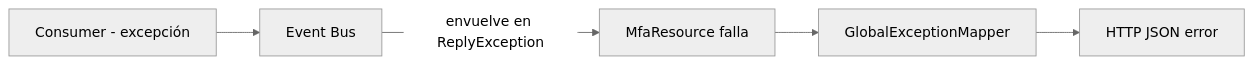
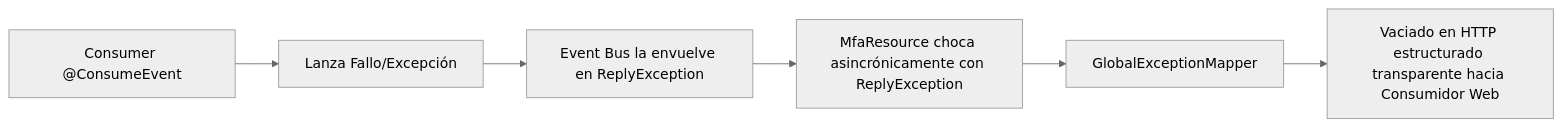
One commit to teamdroid-trainer/docs-docusaurus-trainer changed the eighth of 12 diagrams in docs/backend-java-quarkus/06-event-driven-mfa/event-bus-mfa.md. Above: the diagram before and after it, drawn with Mermaid (neutral theme). The commit also changed other lines of this file and 7 other files, not shown here.

Commit message:
docs: division de kafka en teoria e implementacion con mdx interactivos y diagramas mermaid, resolucion de bugs de docusaurus

````diff
--- a/docs/backend-java-quarkus/06-event-driven-mfa/event-bus-mfa.md
+++ b/docs/backend-java-quarkus/06-event-driven-mfa/event-bus-mfa.md
@@ -235,7 +304,8 @@
 ```mermaid
 flowchart LR
-    A[Consumer - excepción] --> B[Event Bus]
-    B -->|envuelve en ReplyException| C[MfaResource falla]
-    C --> D[GlobalExceptionMapper]
-    D --> E[HTTP JSON error]
+    A[Consumer @ConsumeEvent] --> B[Lanza Fallo/Excepción]
+    B --> C[Event Bus la envuelve en ReplyException]
+    C --> D[MfaResource choca asincrónicamente con ReplyException]
+    D --> E[GlobalExceptionMapper]
+    E --> F[Vaciado en HTTP estructurado transparente hacia Consumidor Web]
 ```
````
